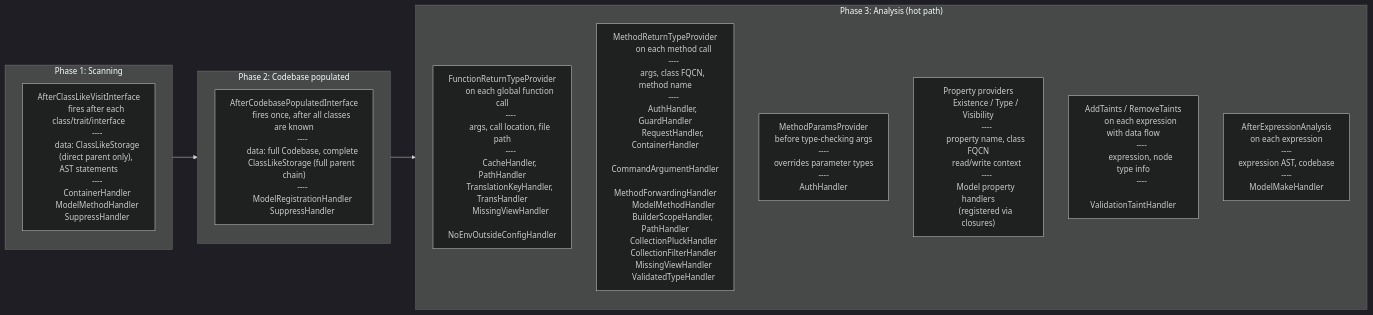
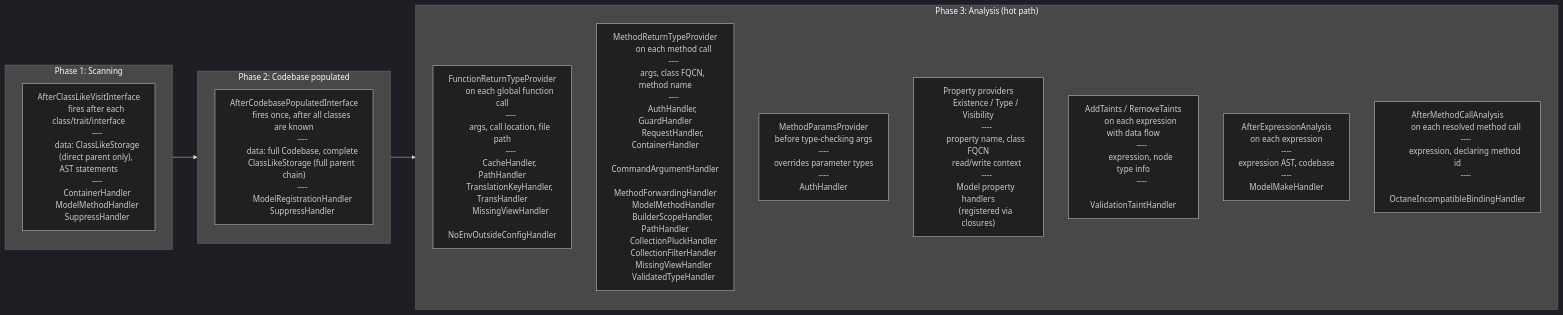
Before and after one commit to psalm/psalm-plugin-laravel: the second of 2 diagrams in docs/contributing/README.md, drawn with Mermaid (dark theme). The commit also changed other lines of this file and 15 other files, not shown here.

```diff
--- a/docs/contributing/README.md
+++ b/docs/contributing/README.md
@@ -208,6 +208,13 @@
         expression AST, codebase
         ----
         ModelMakeHandler"]
+
+        A7["AfterMethodCallAnalysis
+        on each resolved method call
+        ----
+        expression, declaring method id
+        ----
+        OctaneIncompatibleBindingHandler"]
     end
 
     scanning --> populated --> analysis
```
